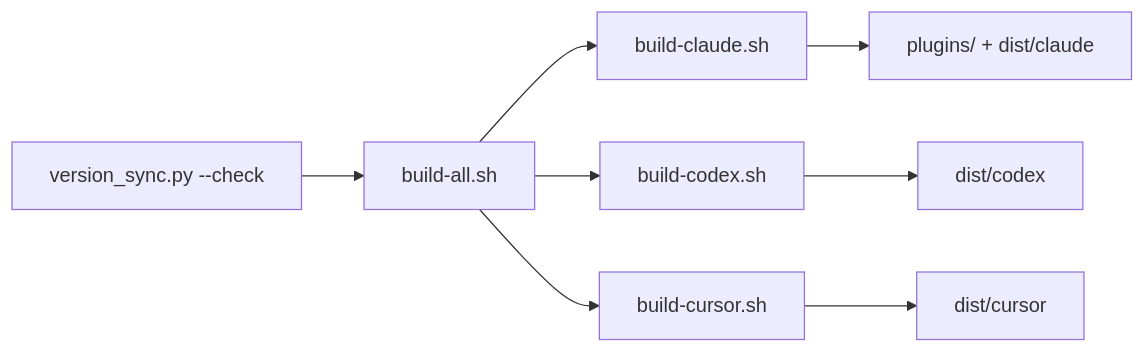
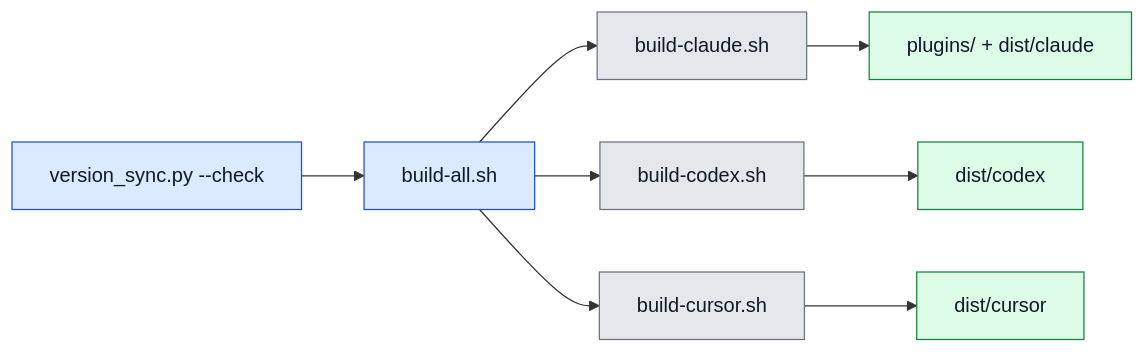
One commit to Jimmy-Jung/ai-symbiote changed the diagram in docs/03-빌드-및-실행.md. Above: the diagram before and after it, drawn with Mermaid. The commit also changed 10 other files, not shown here.

Commit message:
docs(mermaid): 다이어그램 대비 색상 개선

````diff
--- a/docs/03-빌드-및-실행.md
+++ b/docs/03-빌드-및-실행.md
@@ -23,10 +23,19 @@
 ```mermaid
 flowchart LR
     A["version_sync.py --check"] --> B["build-all.sh"]
     B --> C["build-claude.sh"]
     B --> D["build-codex.sh"]
     B --> E["build-cursor.sh"]
     C --> F["plugins/ + dist/claude"]
     D --> G["dist/codex"]
     E --> H["dist/cursor"]
+
+    style A fill:#dbeafe,stroke:#1d4ed8,color:#111827
+    style B fill:#dbeafe,stroke:#1d4ed8,color:#111827
+    style C fill:#e5e7eb,stroke:#6b7280,color:#111827
+    style D fill:#e5e7eb,stroke:#6b7280,color:#111827
+    style E fill:#e5e7eb,stroke:#6b7280,color:#111827
+    style F fill:#dcfce7,stroke:#15803d,color:#111827
+    style G fill:#dcfce7,stroke:#15803d,color:#111827
+    style H fill:#dcfce7,stroke:#15803d,color:#111827
 ```
````
